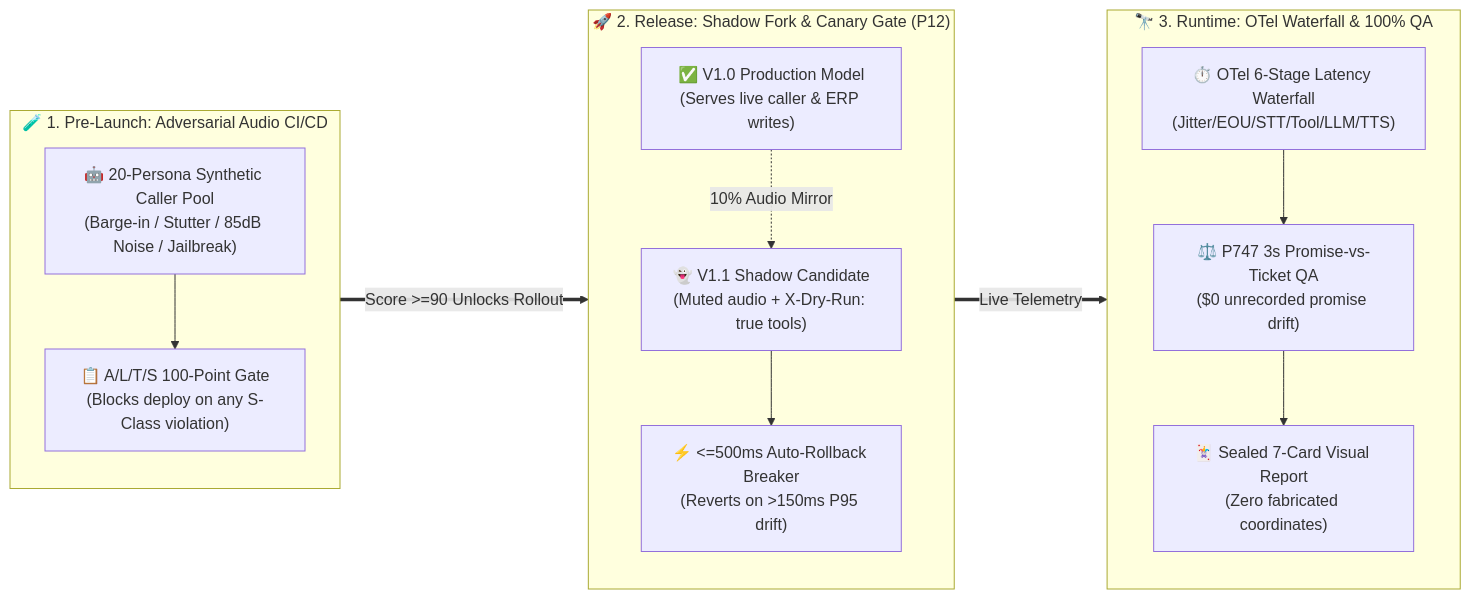
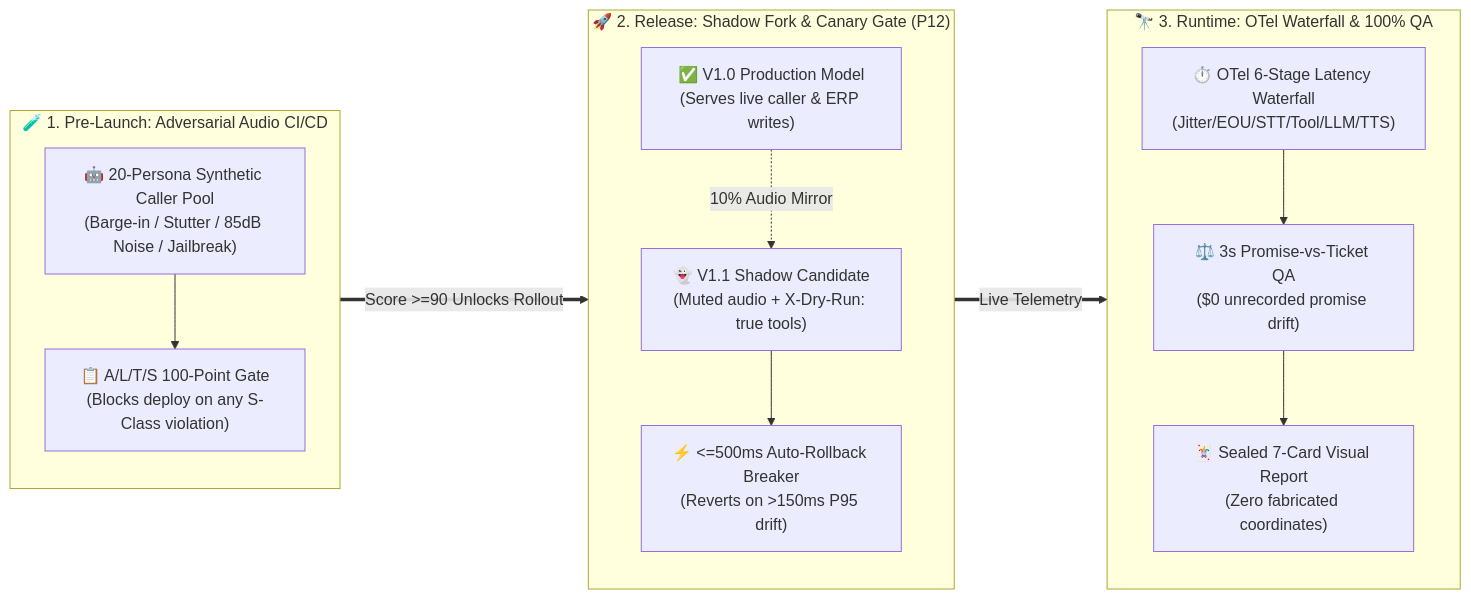
The second of 3 diagrams in docs/enterprise-voice-agent-evaluation-observability-redteaming-selection-faq.en.md (turbo998/voice-agent-lab), drawn with Mermaid before and after one commit. The commit also changed other lines of this file and 715 other files, not shown here.

````diff
--- a/docs/enterprise-voice-agent-evaluation-observability-redteaming-selection-faq.en.md
+++ b/docs/enterprise-voice-agent-evaluation-observability-redteaming-selection-faq.en.md
@@ -95,28 +95,28 @@
 ```mermaid
 flowchart LR
-    subgraph PreLaunch["🧪 1. Pre-Launch: Adversarial Audio CI/CD"]
-        direction TB
-        SimCaller["🤖 20-Persona Synthetic Caller Pool<br/>(Barge-in / Stutter / 85dB Noise / Jailbreak)"]
-        Rubric["📋 A/L/T/S 100-Point Gate<br/>(Blocks deploy on any S-Class violation)"]
-        SimCaller --> Rubric
-    end
+ subgraph PreLaunch["🧪 1. Pre-Launch: Adversarial Audio CI/CD"]
+ direction TB
+ SimCaller["🤖 20-Persona Synthetic Caller Pool<br/>(Barge-in / Stutter / 85dB Noise / Jailbreak)"]
+ Rubric["📋 A/L/T/S 100-Point Gate<br/>(Blocks deploy on any S-Class violation)"]
+ SimCaller --> Rubric
+ end
 
-    subgraph ProdCanary["🚀 2. Release: Shadow Fork & Canary Gate (P12)"]
-        direction TB
-        ProdV1["✅ V1.0 Production Model<br/>(Serves live caller & ERP writes)"]
-        ShadowV2["👻 V1.1 Shadow Candidate<br/>(Muted audio + X-Dry-Run: true tools)"]
-        Breaker["⚡ <=500ms Auto-Rollback Breaker<br/>(Reverts on >150ms P95 drift)"]
-        ProdV1 -.->|"10% Audio Mirror"| ShadowV2 --> Breaker
-    end
+ subgraph ProdCanary["🚀 2. Release: Shadow Fork & Canary Gate (P12)"]
+ direction TB
+ ProdV1["✅ V1.0 Production Model<br/>(Serves live caller & ERP writes)"]
+ ShadowV2["👻 V1.1 Shadow Candidate<br/>(Muted audio + X-Dry-Run: true tools)"]
+ Breaker["⚡ <=500ms Auto-Rollback Breaker<br/>(Reverts on >150ms P95 drift)"]
+ ProdV1 -.->|"10% Audio Mirror"| ShadowV2 --> Breaker
+ end
 
-    subgraph ProdObs["🔭 3. Runtime: OTel Waterfall & 100% QA"]
-        direction TB
-        Waterfall["⏱️ OTel 6-Stage Latency Waterfall<br/>(Jitter/EOU/STT/Tool/LLM/TTS)"]
-        PostQA["⚖️ P747 3s Promise-vs-Ticket QA<br/>($0 unrecorded promise drift)"]
-        Cards["🃏 Sealed 7-Card Visual Report<br/>(Zero fabricated coordinates)"]
-        Waterfall --> PostQA --> Cards
-    end
+ subgraph ProdObs["🔭 3. Runtime: OTel Waterfall & 100% QA"]
+ direction TB
+ Waterfall["⏱️ OTel 6-Stage Latency Waterfall<br/>(Jitter/EOU/STT/Tool/LLM/TTS)"]
+ PostQA["⚖️ 3s Promise-vs-Ticket QA<br/>($0 unrecorded promise drift)"]
+ Cards["🃏 Sealed 7-Card Visual Report<br/>(Zero fabricated coordinates)"]
+ Waterfall --> PostQA --> Cards
+ end
 
-    Rubric ==>|"Score >=90 Unlocks Rollout"| ProdCanary
-    ProdCanary ==>|"Live Telemetry"| ProdObs
+ Rubric ==>|"Score >=90 Unlocks Rollout"| ProdCanary
+ ProdCanary ==>|"Live Telemetry"| ProdObs
 ```
````
